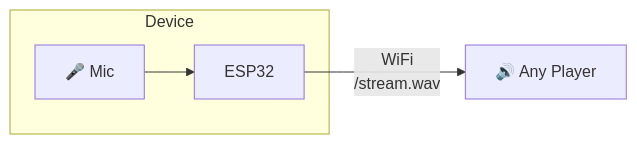
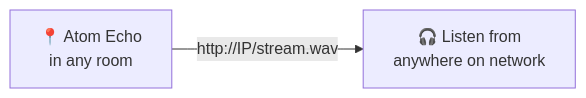
The diagram in README.md (pashutk/esp32-mic-stream), drawn with Mermaid before and after one commit.

Commit message:
Simplify diagram to show use case

````diff
--- a/README.md
+++ b/README.md
@@ -9,7 +9,4 @@
 ```mermaid
 flowchart LR
-    subgraph Device
-        M[🎤 Mic] --> E[ESP32]
-    end
-    E -->|WiFi<br/>/stream.wav| P[🔊 Any Player]
+    A[📍 Atom Echo<br/>in any room] -- http://IP/stream.wav --> B[🎧 Listen from<br/>anywhere on network]
 ```
````
